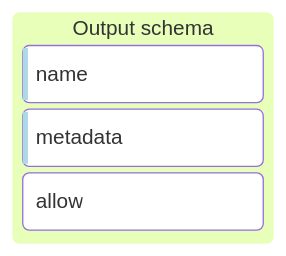
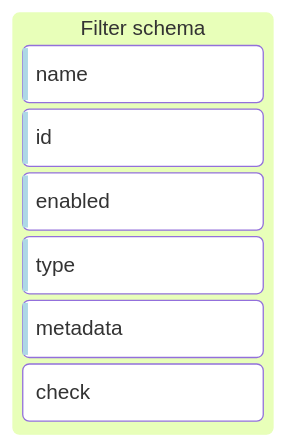
One commit to wazuh/wazuh changed diagram 15 of 15 in docs/ref/modules/engine/README.md. Above: the diagram before and after it, drawn with Mermaid. The commit also changed other lines of this file and 8 other files, not shown here.

Commit message:
feat: define json schema for pre and post filters

````diff
--- a/docs/ref/modules/engine/README.md
+++ b/docs/ref/modules/engine/README.md
@@ -1436,11 +1436,14 @@
 ```mermaid
 ---
 title: Filter schema
 ---
 kanban
-  Output[Output schema]
+  Output[Filter schema]
     assetName["name"]@{ priority: 'Very Low'}
+    assetId["id"]@{ priority: 'Very Low'}
+    assetEnabled["enabled"]@{ priority: 'Very Low'}
+    assetType["type"]@{ priority: 'Very Low'}
     assetMetadata["metadata"]@{ priority: 'Very Low'}
     %% assetParents["parents"]
-    assetChecks["allow"]
+    assetChecks["check"]
 ```
````
